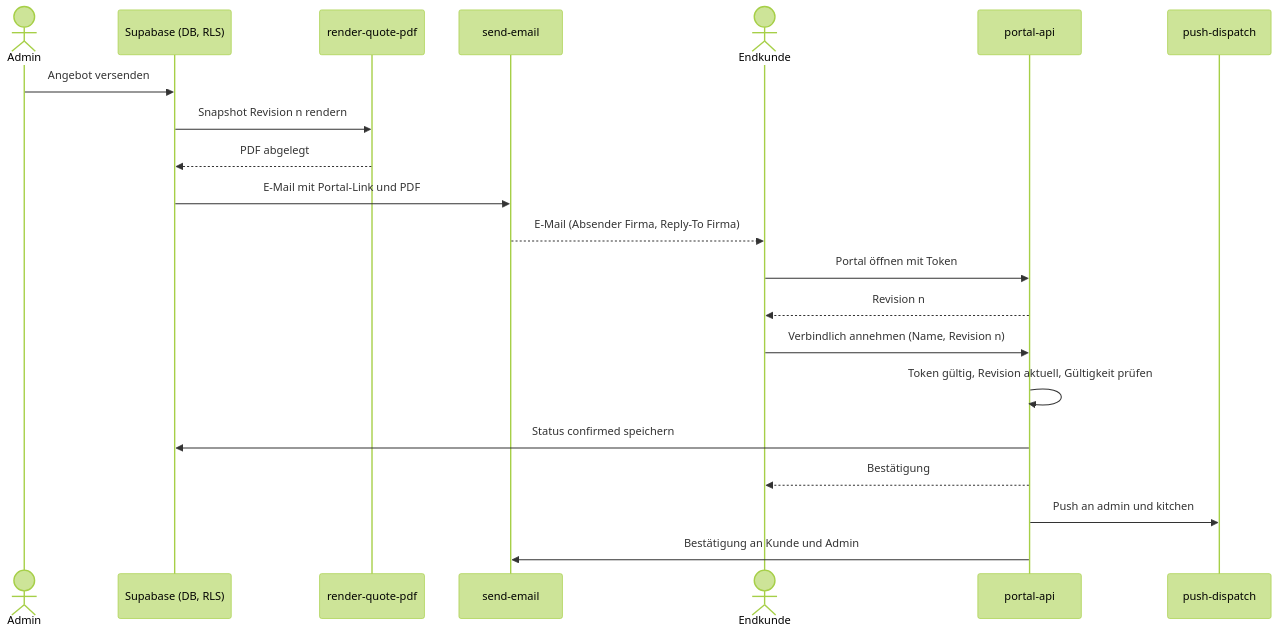
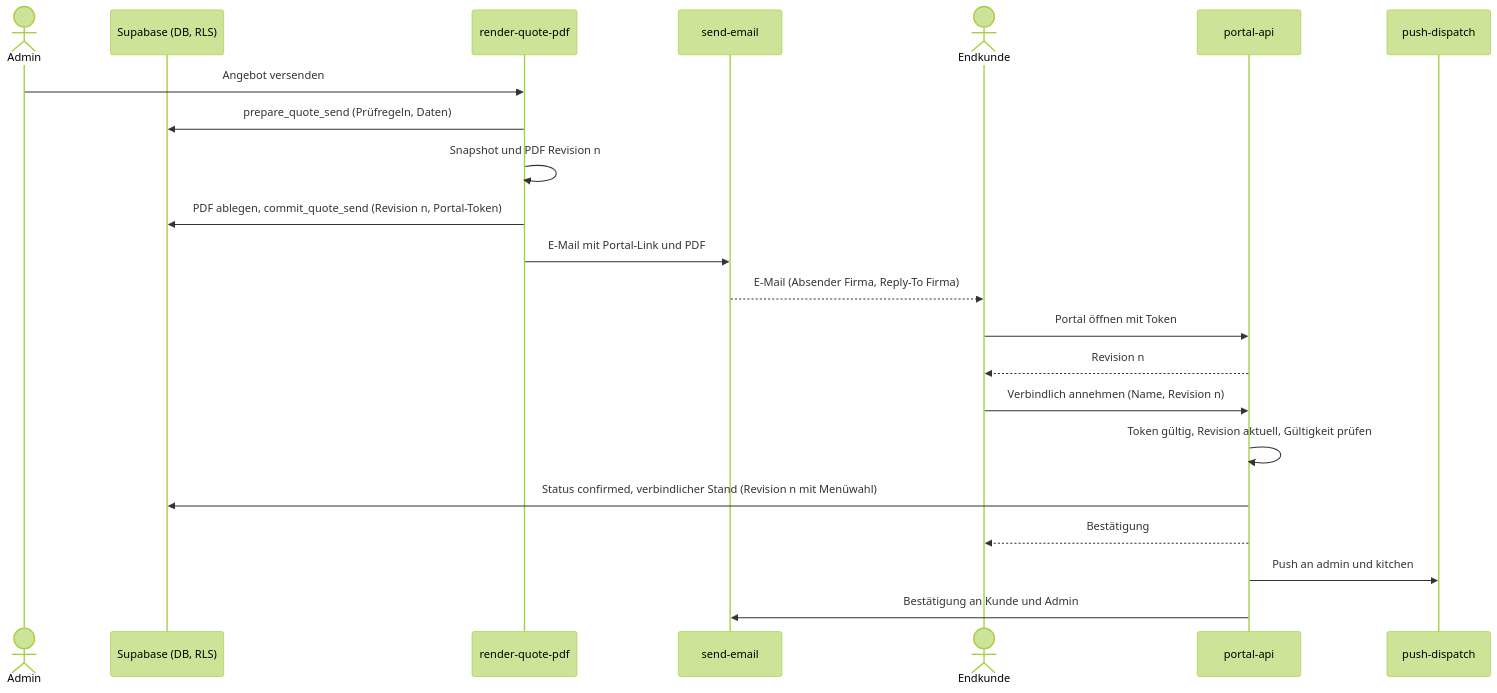
Before and after one commit to Maddin1337/catering-app: the fourth of 5 diagrams in docs/01-produkt.md, drawn with Mermaid (forest theme). The commit also changed other lines of this file and 5 other files, not shown here.

````diff
--- a/docs/01-produkt.md
+++ b/docs/01-produkt.md
@@ -836,23 +858,24 @@
 ```mermaid
 sequenceDiagram
     actor A as Admin
     participant S as Supabase (DB, RLS)
     participant PDF as render-quote-pdf
     participant M as send-email
     actor K as Endkunde
     participant P as portal-api
     participant N as push-dispatch
-    A->>S: Angebot versenden
-    S->>PDF: Snapshot Revision n rendern
-    PDF-->>S: PDF abgelegt
-    S->>M: E-Mail mit Portal-Link und PDF
+    A->>PDF: Angebot versenden
+    PDF->>S: prepare_quote_send (Prüfregeln, Daten)
+    PDF->>PDF: Snapshot und PDF Revision n
+    PDF->>S: PDF ablegen, commit_quote_send (Revision n, Portal-Token)
+    PDF->>M: E-Mail mit Portal-Link und PDF
     M-->>K: E-Mail (Absender Firma, Reply-To Firma)
     K->>P: Portal öffnen mit Token
     P-->>K: Revision n
     K->>P: Verbindlich annehmen (Name, Revision n)
     P->>P: Token gültig, Revision aktuell, Gültigkeit prüfen
-    P->>S: Status confirmed speichern
+    P->>S: Status confirmed, verbindlicher Stand (Revision n mit Menüwahl)
     P-->>K: Bestätigung
     P->>N: Push an admin und kitchen
     P->>M: Bestätigung an Kunde und Admin
 ```
````
